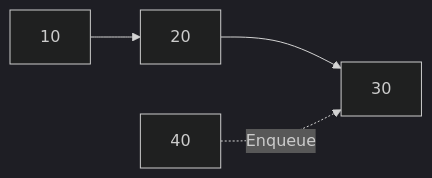
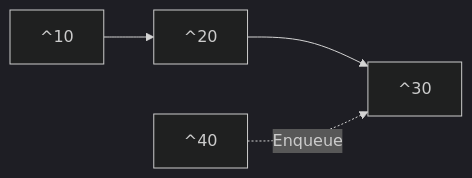
Before and after one commit to ClaudiuBogdan/musclecode-backend-main-service: the first of 3 diagrams in src/modules/algorithm/seed/algorithms/queue/lessons/002_queue_operations.md, drawn with Mermaid (dark theme). The commit also changed other lines of this file and 5 other files, not shown here.

````diff
--- a/src/modules/algorithm/seed/algorithms/queue/lessons/002_queue_operations.md
+++ b/src/modules/algorithm/seed/algorithms/queue/lessons/002_queue_operations.md
@@ -15,5 +13,5 @@
 ```mermaid
 graph LR
-    A[10] --> B[20] --> C[30]
-    D[40] -. Enqueue .-> C
+    A[^10] --> B[^20] --> C[^30]
+    D[^40] -. Enqueue .-> C
 ```
````
